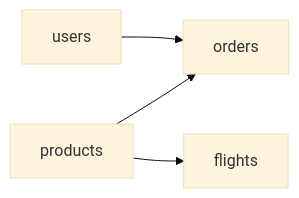
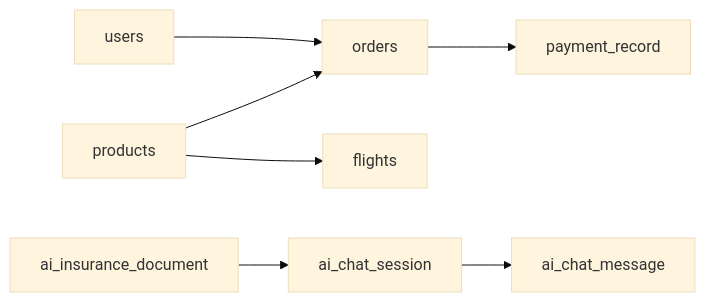
One commit to haohailiang/qoder-fullstack changed the ninth of 10 diagrams in .qoder/repowiki/zh/content/数据库设计.md. Above: the diagram before and after it, drawn with Mermaid (base theme). The commit also changed other lines of this file and 33 other files, not shown here.

````diff
--- a/.qoder/repowiki/zh/content/数据库设计.md
+++ b/.qoder/repowiki/zh/content/数据库设计.md
@@ -407,6 +501,9 @@
 ```mermaid
 graph LR
 USERS["users"] --> ORDERS["orders"]
 PRODUCTS["products"] --> ORDERS["orders"]
 PRODUCTS["products"] --> FLIGHTS["flights"]
+ORDERS["orders"] --> PAYMENT["payment_record"]
+AI_DOC["ai_insurance_document"] --> AI_SESSION["ai_chat_session"]
+AI_SESSION --> AI_MSG["ai_chat_message"]
 ```
````
